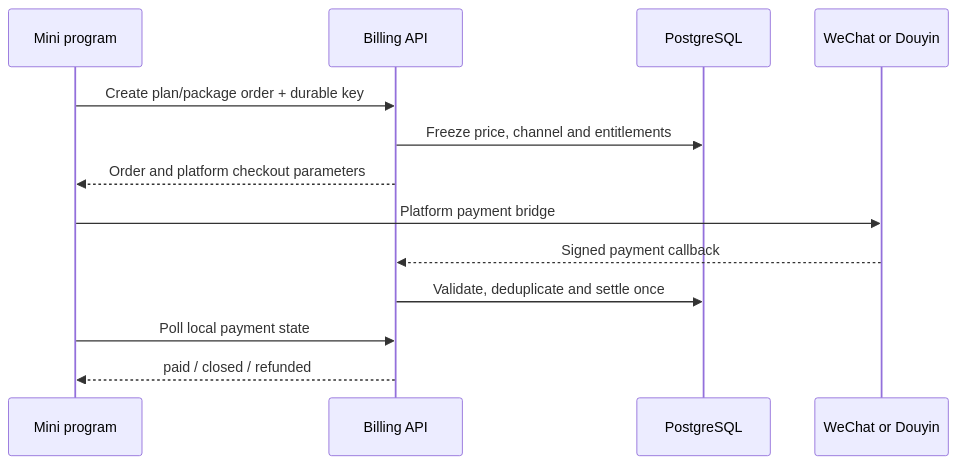
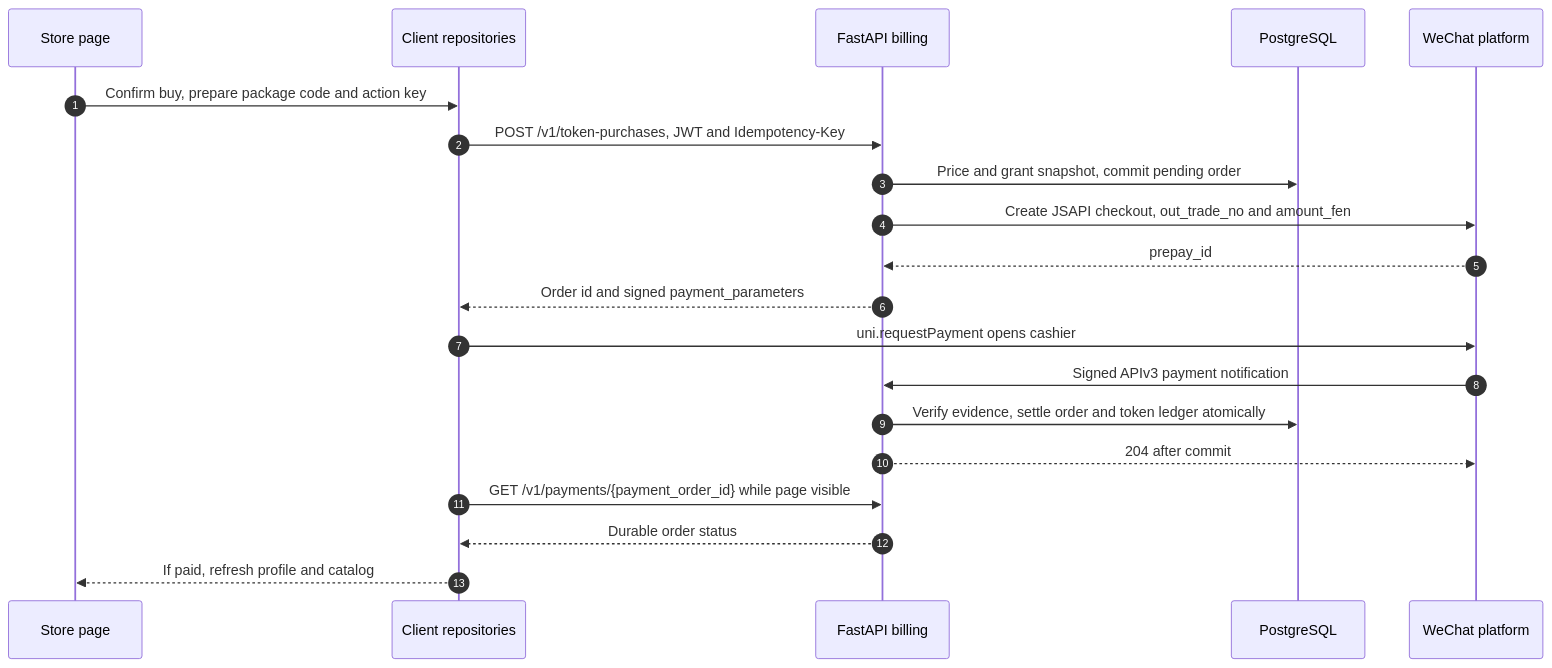
One commit to Orientation-CD/docs changed the first of 3 diagrams in reference/flows/payment-flow.md. Above: the diagram before and after it, drawn with Mermaid. The commit also changed other lines of this file and 61 other files, not shown here.

````diff
--- a/reference/flows/payment-flow.md
+++ b/reference/flows/payment-flow.md
@@ -5,15 +19,22 @@
 ```mermaid
 sequenceDiagram
-  participant MP as Mini program
-  participant API as Billing API
+  autonumber
+  participant UI as Store page
+  participant R as Client repositories
+  participant API as FastAPI billing
   participant DB as PostgreSQL
-  participant PAY as WeChat or Douyin
-  MP->>API: Create plan/package order + durable key
-  API->>DB: Freeze price, channel and entitlements
-  API-->>MP: Order and platform checkout parameters
-  MP->>PAY: Platform payment bridge
-  PAY-->>API: Signed payment callback
-  API->>DB: Validate, deduplicate and settle once
-  MP->>API: Poll local payment state
-  API-->>MP: paid / closed / refunded
+  participant WX as WeChat platform
+  UI->>R: Confirm buy, prepare package code and action key
+  R->>API: POST /v1/token-purchases, JWT and Idempotency-Key
+  API->>DB: Price and grant snapshot, commit pending order
+  API->>WX: Create JSAPI checkout, out_trade_no and amount_fen
+  WX-->>API: prepay_id
+  API-->>R: Order id and signed payment_parameters
+  R->>WX: uni.requestPayment opens cashier
+  WX->>API: Signed APIv3 payment notification
+  API->>DB: Verify evidence, settle order and token ledger atomically
+  API-->>WX: 204 after commit
+  R->>API: GET /v1/payments/{payment_order_id} while page visible
+  API-->>R: Durable order status
+  R-->>UI: If paid, refresh profile and catalog
 ```
````
